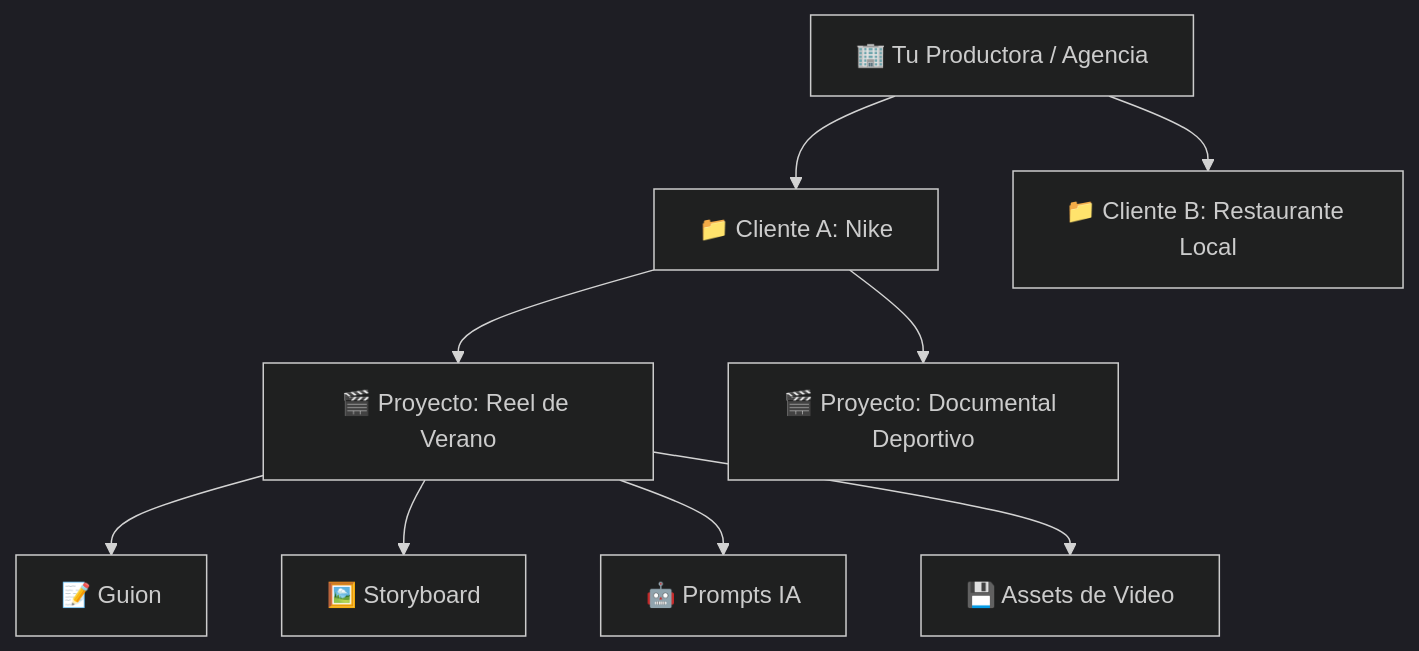
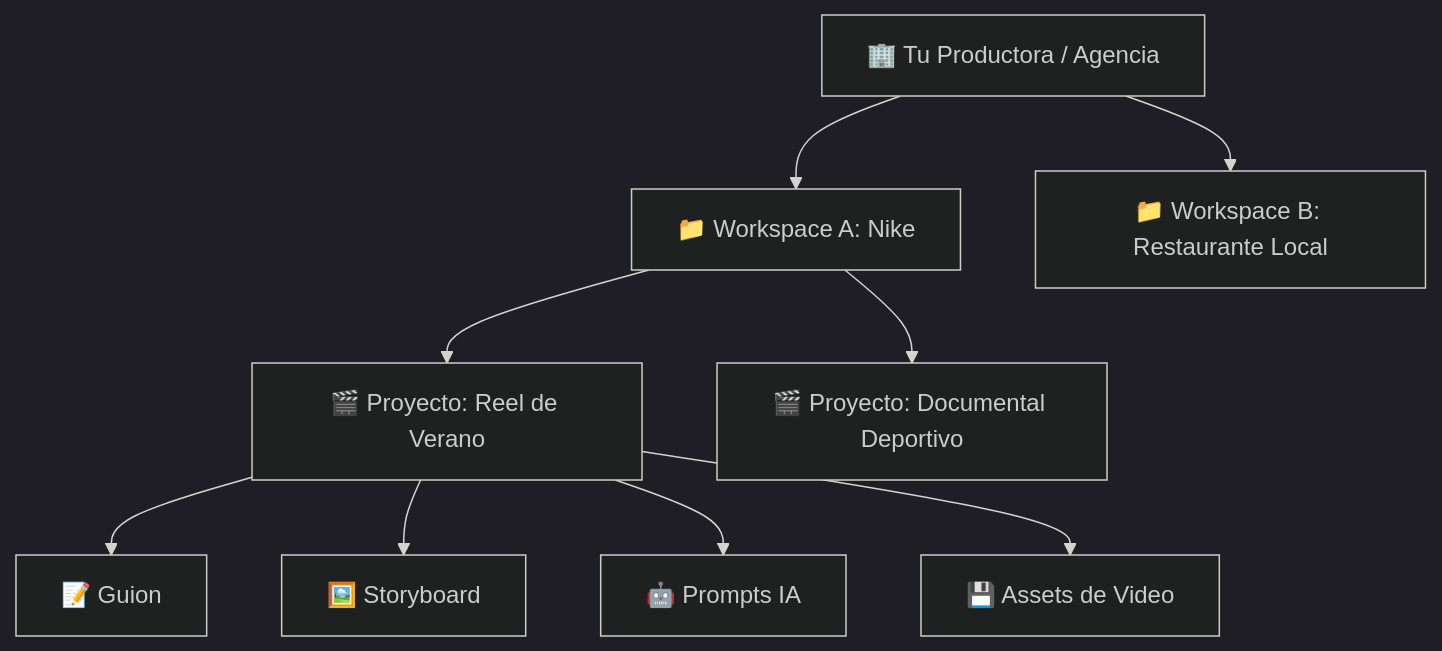
Before and after one commit to LizAndrea/media-architect: the first of 2 diagrams in docs/manual-del-usuario.md, drawn with Mermaid (dark theme). The commit also changed other lines of this file and 81 other files, not shown here.

Commit message:
refactor: migrate client-based architecture to workspace-oriented structure and update supporting skills

````diff
--- a/docs/manual-del-usuario.md
+++ b/docs/manual-del-usuario.md
@@ -11,13 +11,13 @@
 ```mermaid
 graph TD
-    Agencia[🏢 Tu Productora / Agencia] --> C1[📁 Cliente A: Nike]
-    Agencia --> C2[📁 Cliente B: Restaurante Local]
+    Agencia[🏢 Tu Productora / Agencia] --> C1[📁 Workspace A: Nike]
+    Agencia --> C2[📁 Workspace B: Restaurante Local]
     
     C1 --> P1[🎬 Proyecto: Reel de Verano]
     C1 --> P2[🎬 Proyecto: Documental Deportivo]
     
     P1 --> A1[📝 Guion]
     P1 --> A2[🖼️ Storyboard]
     P1 --> A3[🤖 Prompts IA]
     P1 --> A4[💾 Assets de Video]
 ```
````
